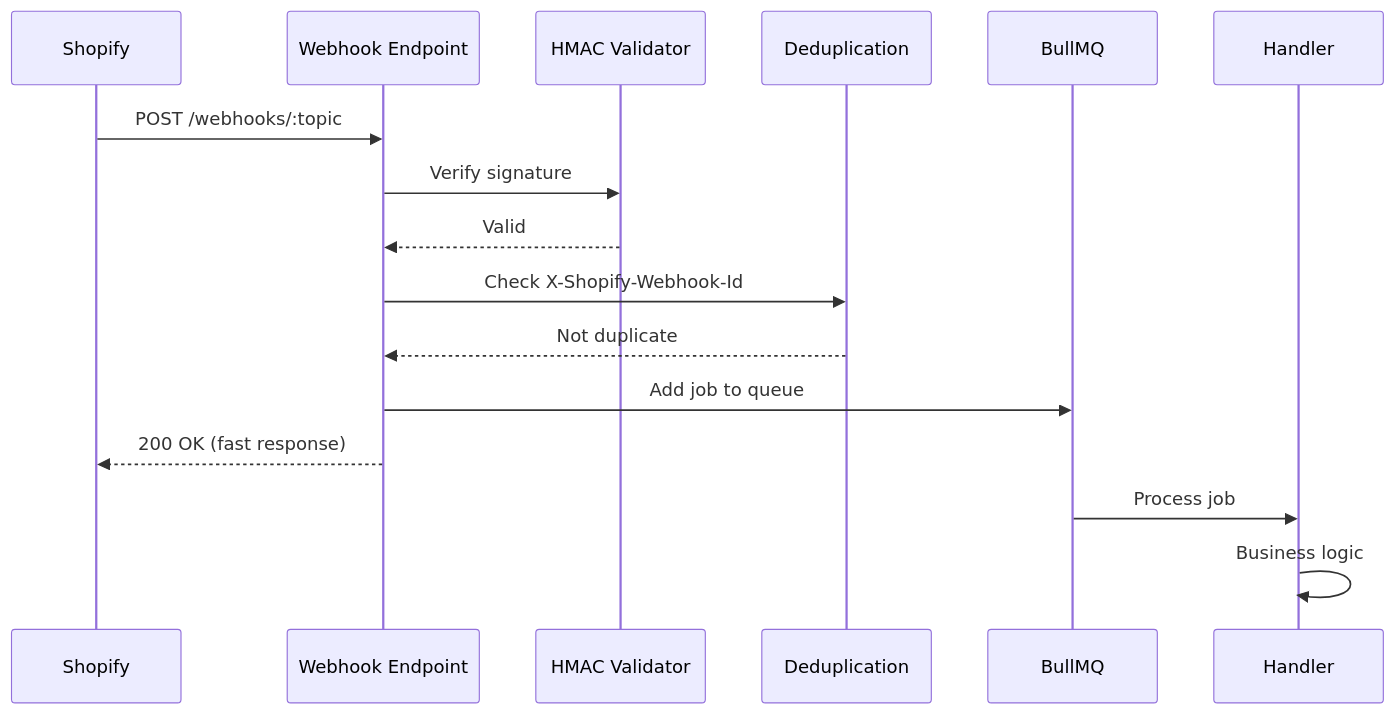
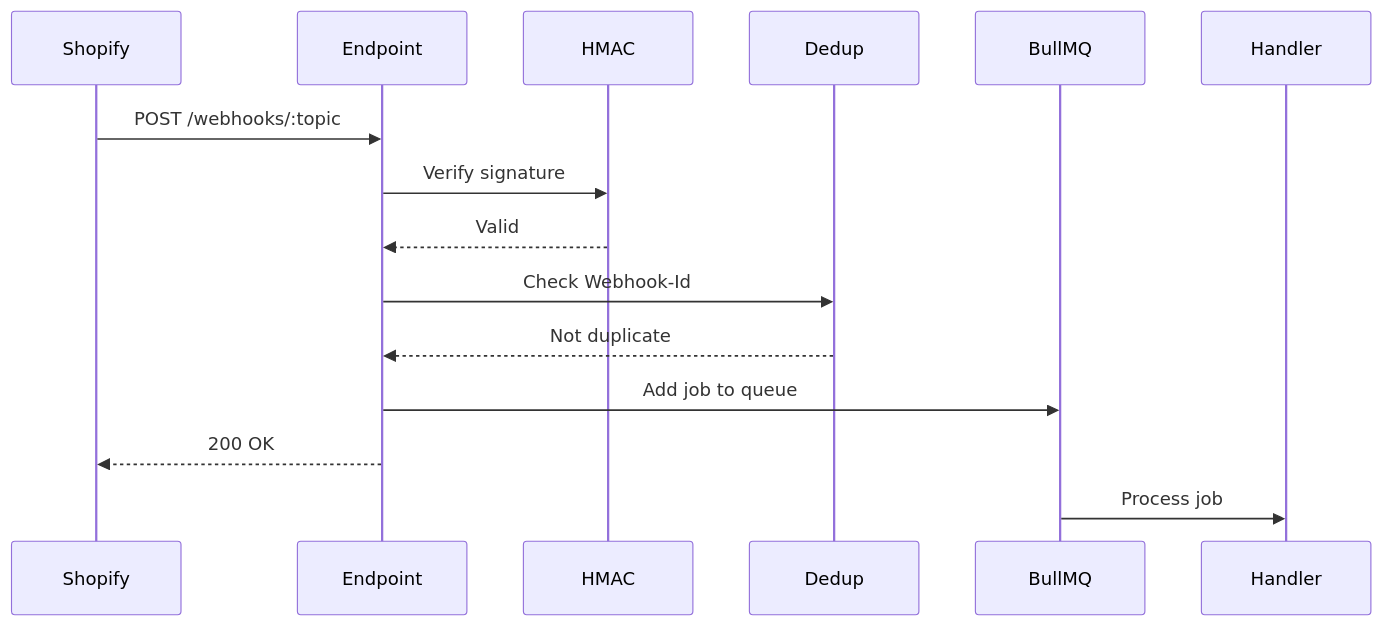
One commit to neacisu/Neanelu_Shopify changed the diagram in Docs/Webhook_Topics_Reference.md. Above: the diagram before and after it, drawn with Mermaid. The commit also changed other lines of this file and 2 other files, not shown here.

````diff
--- a/Docs/Webhook_Topics_Reference.md
+++ b/Docs/Webhook_Topics_Reference.md
@@ -104,19 +96,18 @@
 ```mermaid
 sequenceDiagram
     participant Shopify
-    participant Webhook Endpoint
-    participant HMAC Validator
-    participant Deduplication
+    participant Endpoint
+    participant HMAC
+    participant Dedup
     participant BullMQ
     participant Handler
 
-    Shopify->>Webhook Endpoint: POST /webhooks/:topic
-    Webhook Endpoint->>HMAC Validator: Verify signature
-    HMAC Validator-->>Webhook Endpoint: Valid
-    Webhook Endpoint->>Deduplication: Check X-Shopify-Webhook-Id
-    Deduplication-->>Webhook Endpoint: Not duplicate
-    Webhook Endpoint->>BullMQ: Add job to queue
-    Webhook Endpoint-->>Shopify: 200 OK (fast response)
+    Shopify->>Endpoint: POST /webhooks/:topic
+    Endpoint->>HMAC: Verify signature
+    HMAC-->>Endpoint: Valid
+    Endpoint->>Dedup: Check Webhook-Id
+    Dedup-->>Endpoint: Not duplicate
+    Endpoint->>BullMQ: Add job to queue
+    Endpoint-->>Shopify: 200 OK
     BullMQ->>Handler: Process job
-    Handler->>Handler: Business logic
 ```
````
